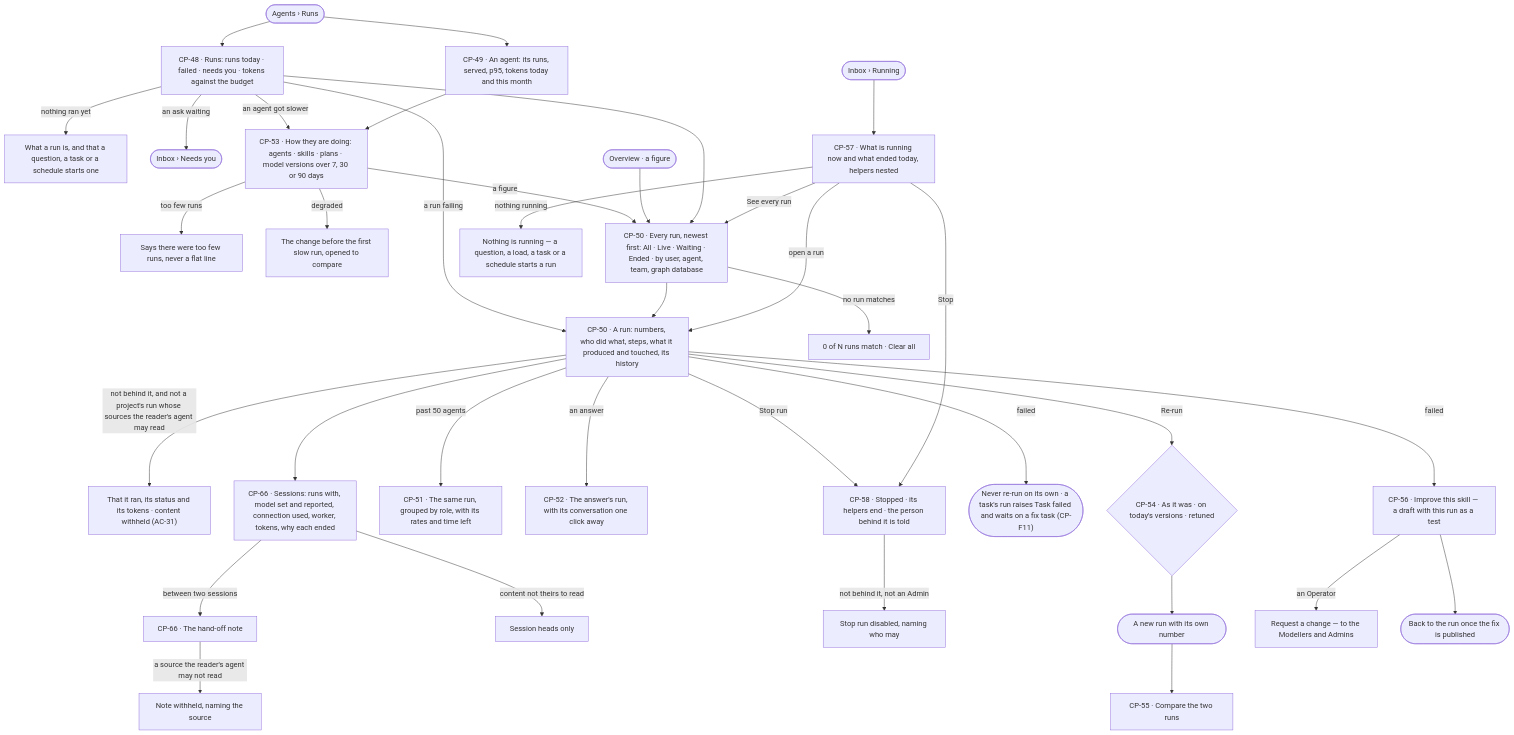
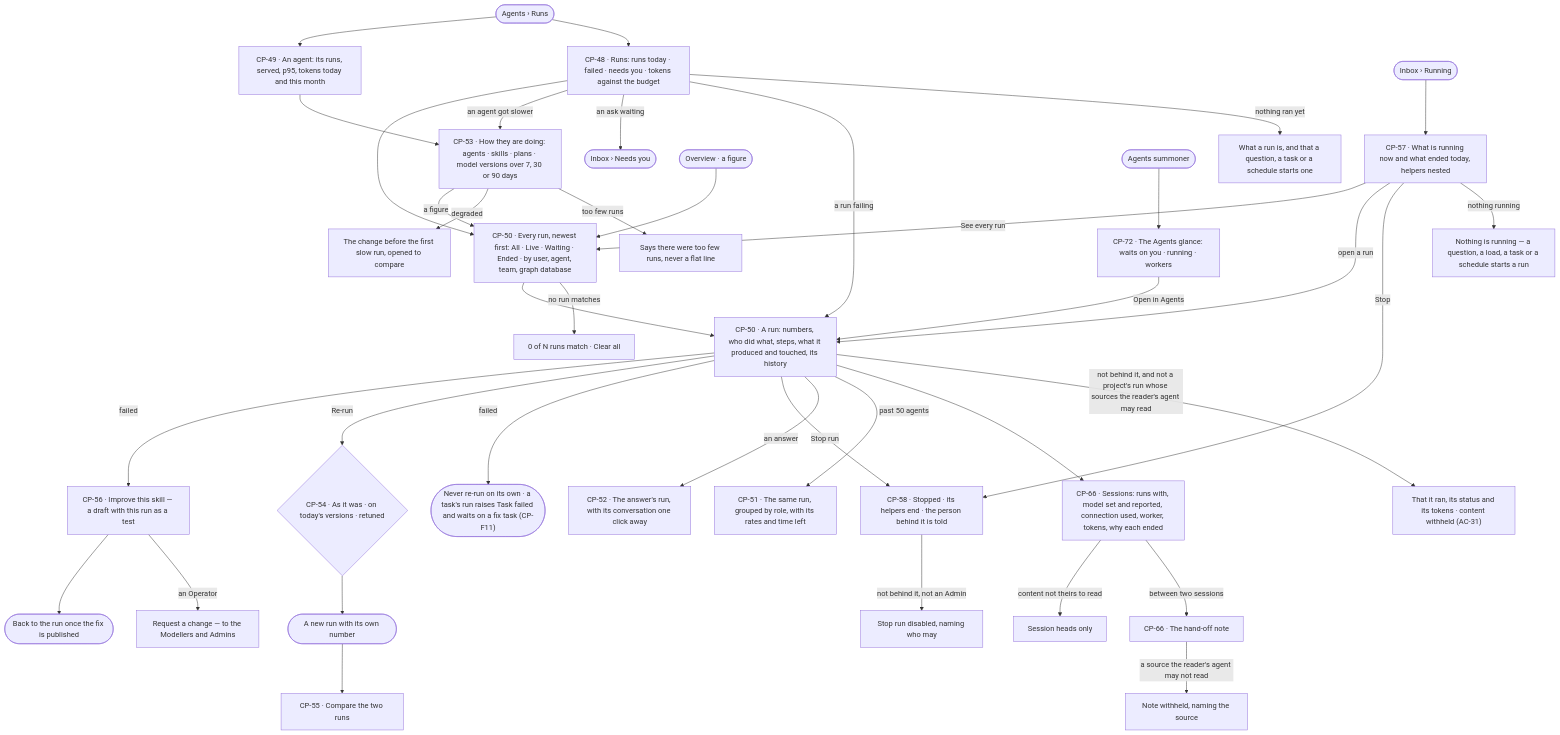
Before and after one commit to invana/invana: the first of 4 diagrams in specs/os/control/features/CP-F10-runs-and-how-the-agents-are-doing/feature.md, drawn with Mermaid. The commit also changed other lines of this file and 106 other files, not shown here.

````diff
--- a/specs/os/control/features/CP-F10-runs-and-how-the-agents-are-doing/feature.md
+++ b/specs/os/control/features/CP-F10-runs-and-how-the-agents-are-doing/feature.md
@@ -29,38 +29,40 @@
 ```mermaid
 flowchart TD
   start([Agents › Runs]) --> dash["CP-48 · Runs: runs today · failed · needs you · tokens against the budget"]
   dash -->|nothing ran yet| empty["What a run is, and that a question, a task or a schedule starts one"]
   dash -->|a run failing| run
   dash -->|an ask waiting| inbox(["Inbox › Needs you"])
   dash -->|an agent got slower| perf
   start --> agent["CP-49 · An agent: its runs, served, p95, tokens today and this month"]
   agent --> perf["CP-53 · How they are doing: agents · skills · plans · model versions over 7, 30 or 90 days"]
   perf -->|too few runs| few["Says there were too few runs, never a flat line"]
   perf -->|degraded| change["The change before the first slow run, opened to compare"]
   perf -->|a figure| list
   ov([Overview · a figure]) --> list
   dash --> list["CP-50 · Every run, newest first: All · Live · Waiting · Ended · by user, agent, team, graph database"]
   list -->|no run matches| none["0 of N runs match · Clear all"]
   list --> run["CP-50 · A run: numbers, who did what, steps, what it produced and touched, its history"]
   run -->|not behind it, and not a project's run whose sources the reader's agent may read| wh["That it ran, its status and its tokens · content withheld (AC-31)"]
   run --> ses["CP-66 · Sessions: runs with, model set and reported, connection used, worker, tokens, why each ended"]
   ses -->|between two sessions| note["CP-66 · The hand-off note"]
   note -->|a source the reader's agent may not read| nw["Note withheld, naming the source"]
   ses -->|content not theirs to read| sh["Session heads only"]
   run -->|past 50 agents| big["CP-51 · The same run, grouped by role, with its rates and time left"]
   run -->|an answer| ans["CP-52 · The answer's run, with its conversation one click away"]
   run -->|Stop run| stop["CP-58 · Stopped · its helpers end · the person behind it is told"]
   stop -->|not behind it, not an Admin| sr["Stop run disabled, naming who may"]
   run -->|failed| fx(["Never re-run on its own · a task's run raises Task failed and waits on a fix task (CP-F11)"])
   run -->|Re-run| rr{"CP-54 · As it was · on today's versions · retuned"}
   rr --> newrun(["A new run with its own number"])
   newrun --> cmp["CP-55 · Compare the two runs"]
   run -->|failed| imp["CP-56 · Improve this skill — a draft with this run as a test"]
   imp -->|an Operator| req["Request a change — to the Modellers and Admins"]
   imp --> back(["Back to the run once the fix is published"])
   inb([Inbox › Running]) --> r57["CP-57 · What is running now and what ended today, helpers nested"]
   r57 -->|nothing running| e57["Nothing is running — a question, a load, a task or a schedule starts a run"]
   r57 -->|Stop| stop
   r57 -->|open a run| run
   r57 -->|See every run| list
+  gl([Agents summoner]) --> r72["CP-72 · The Agents glance: waits on you · running · workers"]
+  r72 -->|Open in Agents| run
 ```
````
